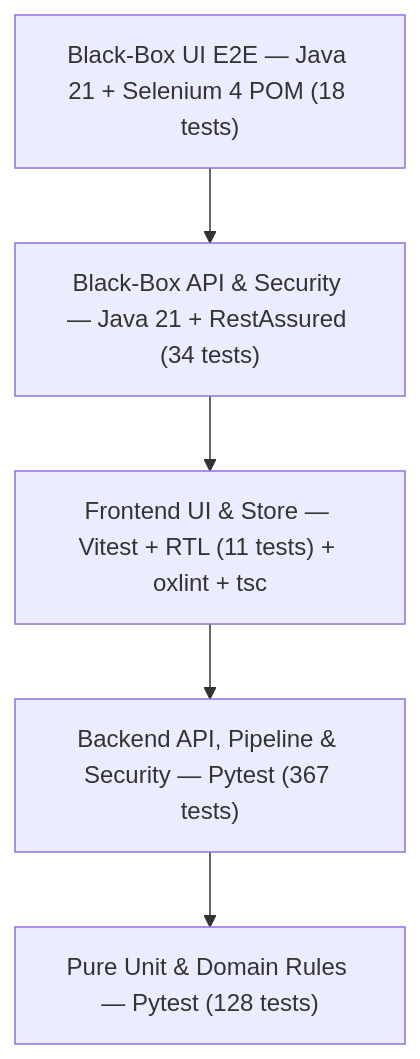
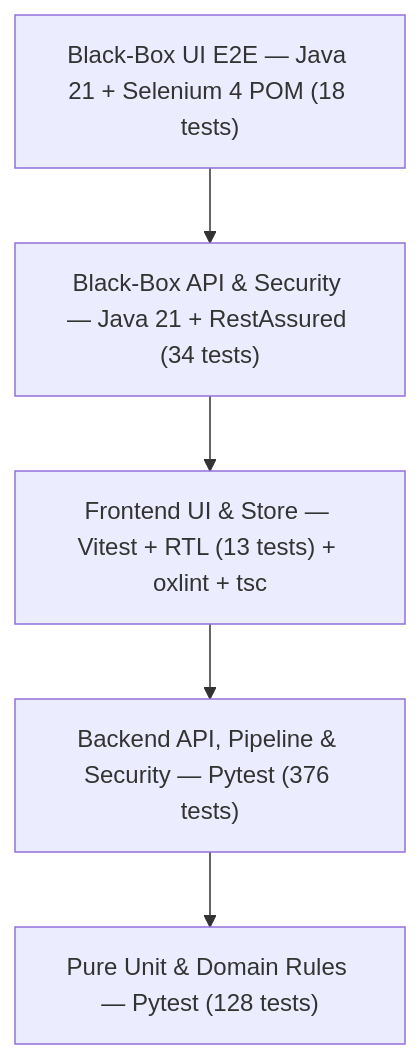
The diagram in README.md (talevi83/SubBuildStudio), drawn with Mermaid before and after one commit. The commit also changed other lines of this file and 2 other files, not shown here.

````diff
--- a/README.md
+++ b/README.md
@@ -393,9 +396,9 @@
 ```mermaid
 flowchart TD
     E2E["Black-Box UI E2E — Java 21 + Selenium 4 POM (18 tests)"]
     BAPI["Black-Box API & Security — Java 21 + RestAssured (34 tests)"]
-    FE["Frontend UI & Store — Vitest + RTL (11 tests) + oxlint + tsc"]
-    PIPE["Backend API, Pipeline & Security — Pytest (367 tests)"]
+    FE["Frontend UI & Store — Vitest + RTL (13 tests) + oxlint + tsc"]
+    PIPE["Backend API, Pipeline & Security — Pytest (376 tests)"]
     UNIT["Pure Unit & Domain Rules — Pytest (128 tests)"]
     E2E --> BAPI --> FE --> PIPE --> UNIT
 ```
````
